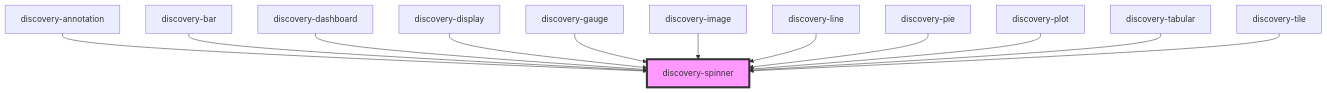
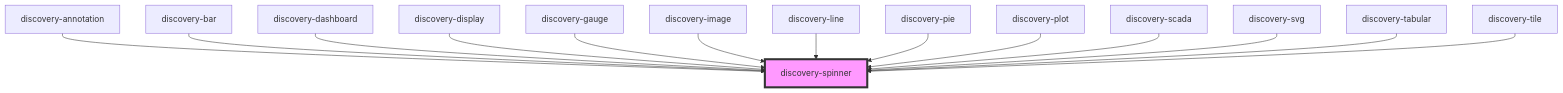
One commit to senx/discovery-widgets changed the diagram in src/components/discovery-spinner/readme.md. Above: the diagram before and after it, drawn with Mermaid. The commit also changed other lines of this file and 14 other files, not shown here.

````diff
--- a/src/components/discovery-spinner/readme.md
+++ b/src/components/discovery-spinner/readme.md
@@ -32,15 +34,17 @@
 ```mermaid
 graph TD;
   discovery-annotation --> discovery-spinner
   discovery-bar --> discovery-spinner
   discovery-dashboard --> discovery-spinner
   discovery-display --> discovery-spinner
   discovery-gauge --> discovery-spinner
   discovery-image --> discovery-spinner
   discovery-line --> discovery-spinner
   discovery-pie --> discovery-spinner
   discovery-plot --> discovery-spinner
+  discovery-scada --> discovery-spinner
+  discovery-svg --> discovery-spinner
   discovery-tabular --> discovery-spinner
   discovery-tile --> discovery-spinner
   style discovery-spinner fill:#f9f,stroke:#333,stroke-width:4px
 ```
````
